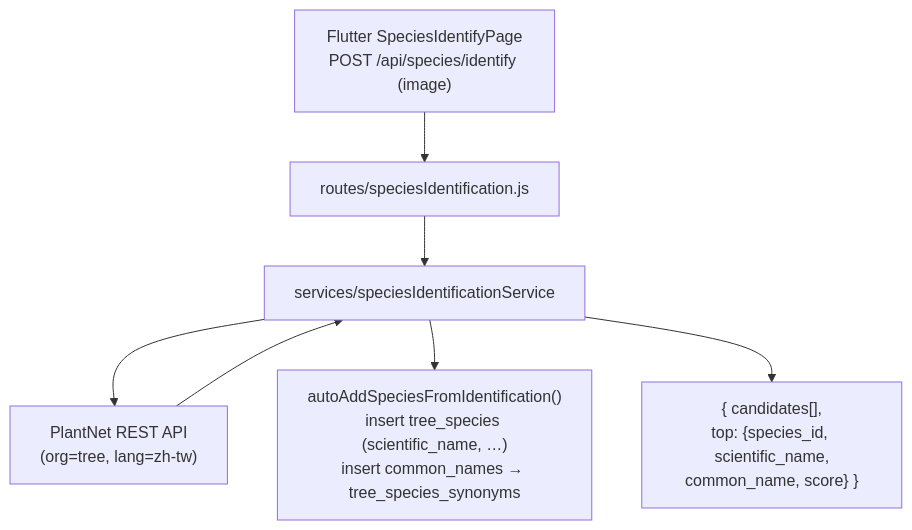
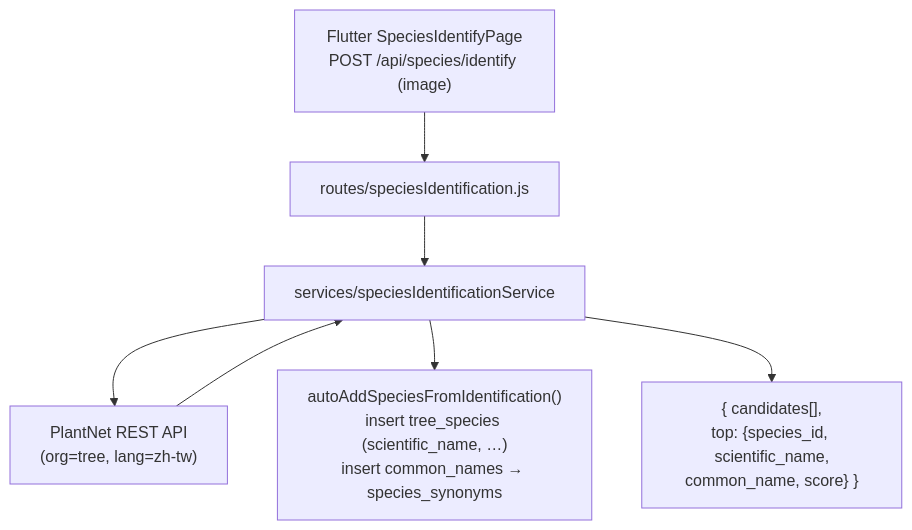
Before and after one commit to icmnlab/tree-project-backend: the seventh of 9 diagrams in README.md, drawn with Mermaid. The commit also changed other lines of this file, not shown here.

First line of the commit message:
docs(readme): correct AI chat/agent and species flow diagrams to match code

````diff
--- a/README.md
+++ b/README.md
@@ -172,13 +169,13 @@
 ```mermaid
 flowchart TB
   sp["Flutter SpeciesIdentifyPage<br/>POST /api/species/identify (image)"]
   rt["routes/speciesIdentification.js"]
   svc["services/speciesIdentificationService"]
   pn["PlantNet REST API<br/>(org=tree, lang=zh-tw)"]
-  add["autoAddSpeciesFromIdentification()<br/>insert tree_species (scientific_name, …)<br/>insert common_names → tree_species_synonyms"]
+  add["autoAddSpeciesFromIdentification()<br/>insert tree_species (scientific_name, …)<br/>insert common_names → species_synonyms"]
   out["{ candidates[],<br/>top: {species_id, scientific_name,<br/>common_name, score} }"]
   sp --> rt --> svc
   svc --> pn --> svc
   svc --> add
   svc --> out
 ```
````
